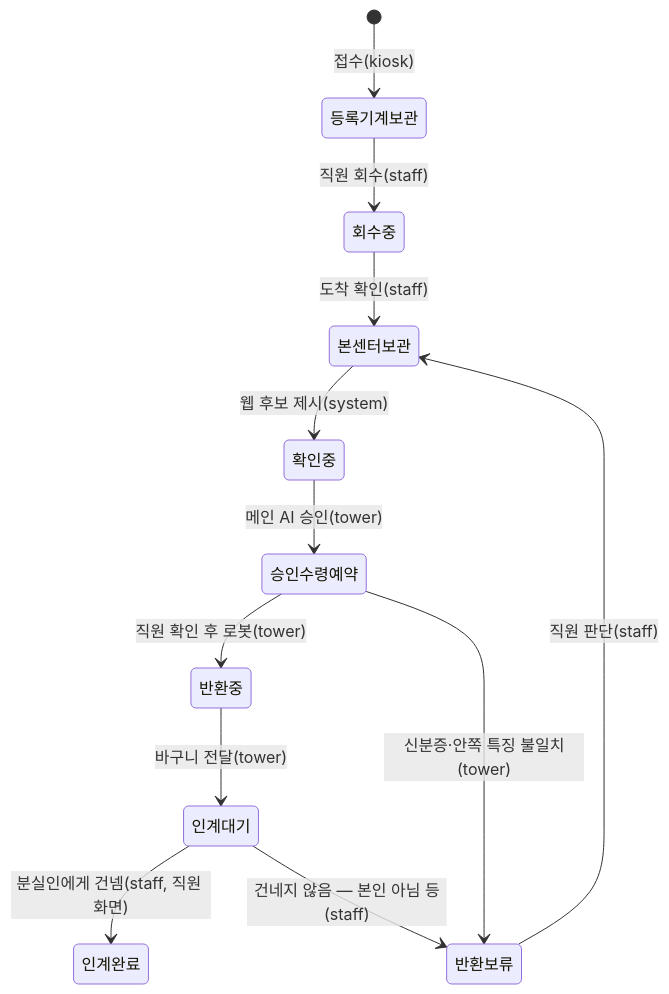
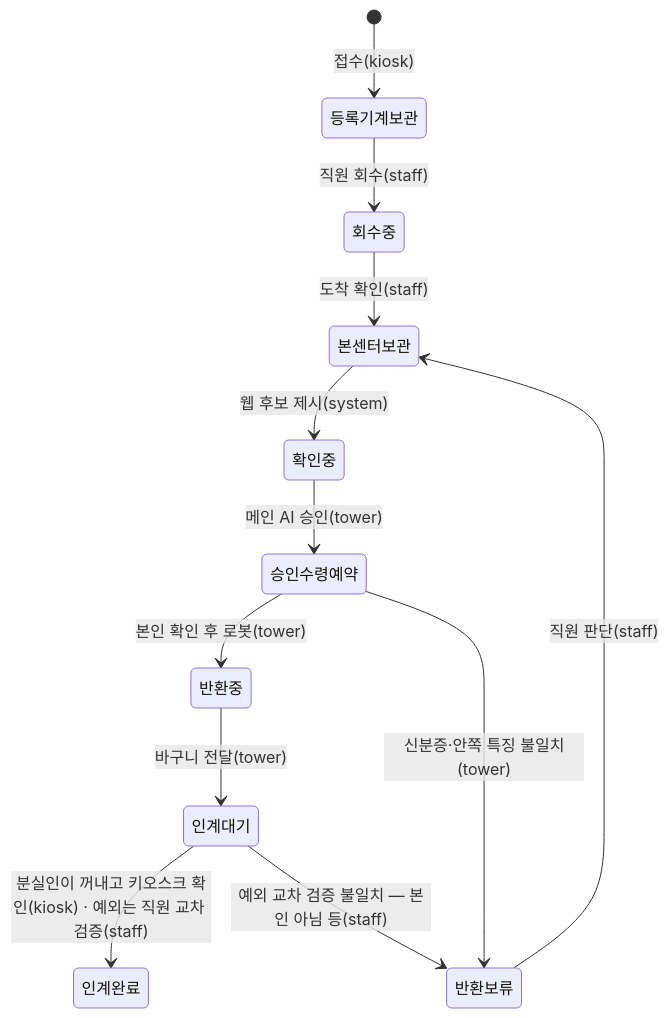
The second of 2 diagrams in docs/design/database.md (agentops-lostfound/ai-lostfound-tower), drawn with Mermaid before and after one commit. The commit also changed 15 other files, not shown here.

````diff
--- a/docs/design/database.md
+++ b/docs/design/database.md
@@ -82,14 +82,14 @@
 ```mermaid
 stateDiagram-v2
   [*] --> 등록기계보관: 접수(kiosk)
   등록기계보관 --> 회수중: 직원 회수(staff)
   회수중 --> 본센터보관: 도착 확인(staff)
   본센터보관 --> 확인중: 웹 후보 제시(system)
   확인중 --> 승인수령예약: 메인 AI 승인(tower)
-  승인수령예약 --> 반환중: 직원 확인 후 로봇(tower)
+  승인수령예약 --> 반환중: 본인 확인 후 로봇(tower)
   반환중 --> 인계대기: 바구니 전달(tower)
-  인계대기 --> 인계완료: 분실인에게 건넴(staff, 직원 화면)
-  인계대기 --> 반환보류: 건네지 않음 — 본인 아님 등(staff)
+  인계대기 --> 인계완료: 분실인이 꺼내고 키오스크 확인(kiosk) · 예외는 직원 교차 검증(staff)
+  인계대기 --> 반환보류: 예외 교차 검증 불일치 — 본인 아님 등(staff)
   승인수령예약 --> 반환보류: 신분증·안쪽 특징 불일치(tower)
   반환보류 --> 본센터보관: 직원 판단(staff)
 ```
````
